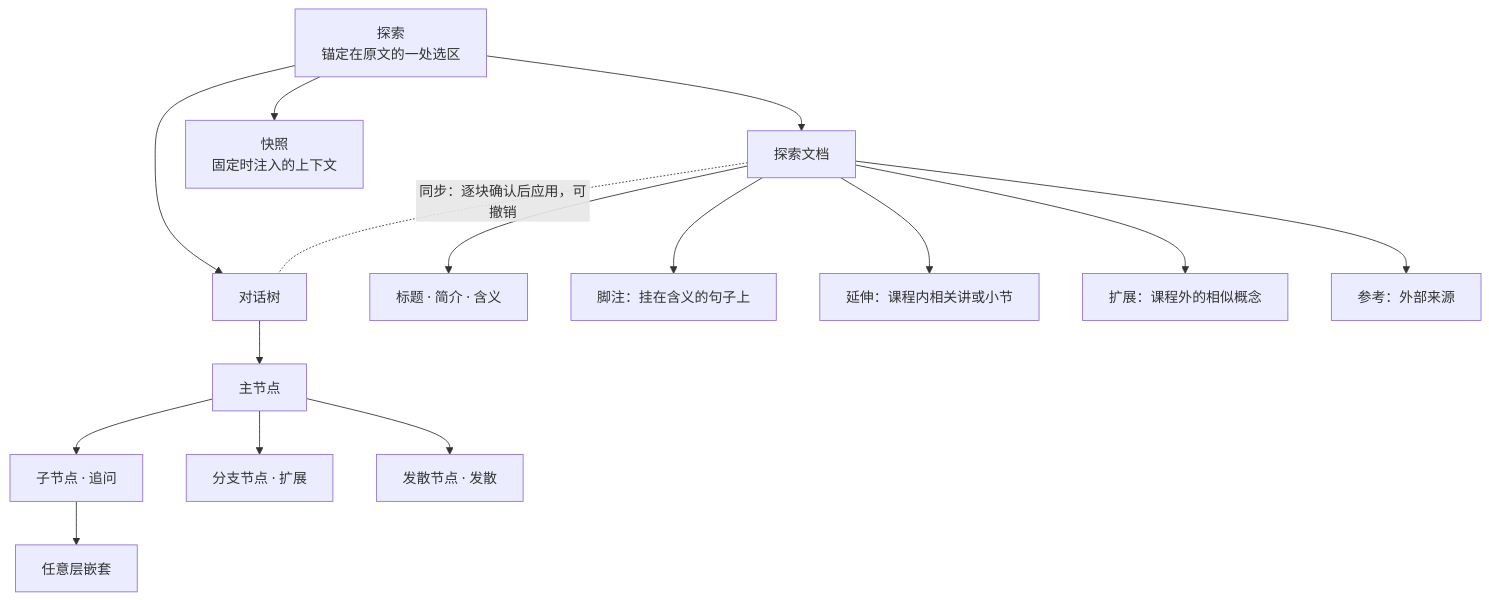
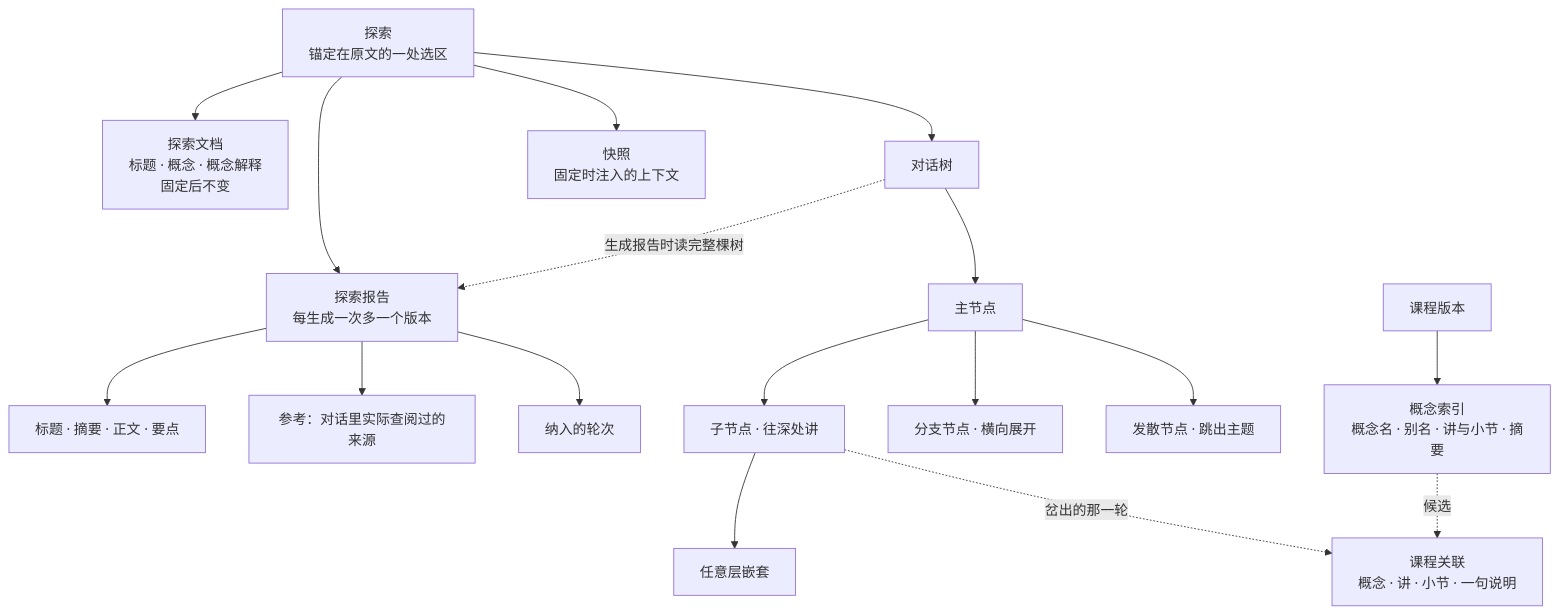
One commit to Bank5y/Keine changed the second of 27 diagrams in docs/tech/Keine_explore_harness_v1.md. Above: the diagram before and after it, drawn with Mermaid. The commit also changed other lines of this file and 2 other files, not shown here.

Commit message:
fix: the harness report covers the explore redesign; selections for the report and course links (#162)

````diff
--- a/docs/tech/Keine_explore_harness_v1.md
+++ b/docs/tech/Keine_explore_harness_v1.md
@@ -92,17 +96,19 @@
 ```mermaid
 flowchart TB
-  EXP["探索<br/>锚定在原文的一处选区"] --> DOC["探索文档"]
+  EXP["探索<br/>锚定在原文的一处选区"] --> DOC["探索文档<br/>标题 · 概念 · 概念解释<br/>固定后不变"]
   EXP --> TREE["对话树"]
   EXP --> SNAP["快照<br/>固定时注入的上下文"]
-  DOC --> D1["标题 · 简介 · 含义"]
-  DOC --> D2["脚注：挂在含义的句子上"]
-  DOC --> D3["延伸：课程内相关讲或小节"]
-  DOC --> D4["扩展：课程外的相似概念"]
-  DOC --> D5["参考：外部来源"]
+  EXP --> REP["探索报告<br/>每生成一次多一个版本"]
+  REP --> R1["标题 · 摘要 · 正文 · 要点"]
+  REP --> R2["参考：对话里实际查阅过的来源"]
+  REP --> R3["纳入的轮次"]
   TREE --> N0["主节点"]
-  N0 --> N1["子节点 · 追问"]
-  N0 --> N2["分支节点 · 扩展"]
-  N0 --> N3["发散节点 · 发散"]
+  N0 --> N1["子节点 · 往深处讲"]
+  N0 --> N2["分支节点 · 横向展开"]
+  N0 --> N3["发散节点 · 跳出主题"]
   N1 --> N4["任意层嵌套"]
-  DOC -. "同步：逐块确认后应用，可撤销" .- TREE
+  N1 -. "岔出的那一轮" .-> LINK["课程关联<br/>概念 · 讲 · 小节 · 一句说明"]
+  COURSE["课程版本"] --> IDX["概念索引<br/>概念名 · 别名 · 讲与小节 · 摘要"]
+  IDX -. "候选" .-> LINK
+  TREE -. "生成报告时读完整棵树" .-> REP
 ```
````
